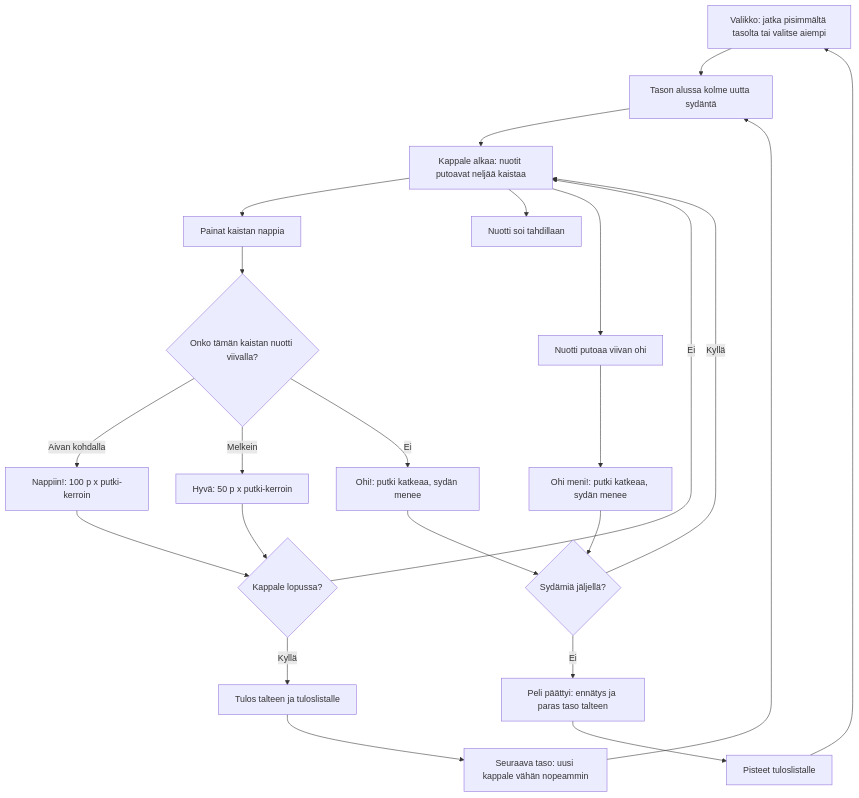
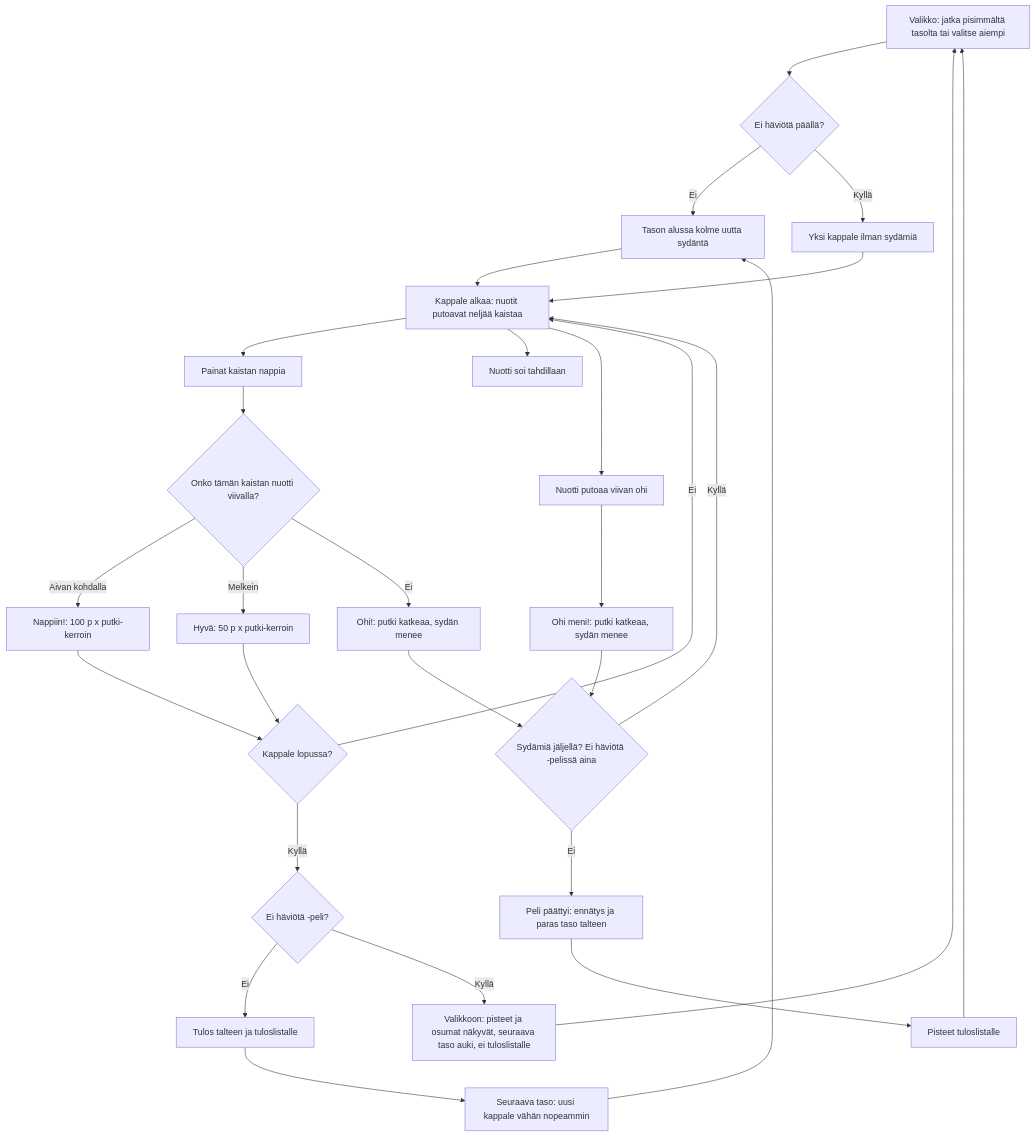
One commit to eerovil/ai-pelit changed the diagram in docs/diagrams/piano.md. Above: the diagram before and after it, drawn with Mermaid. The commit also changed other lines of this file and 3 other files, not shown here.

````diff
--- a/docs/diagrams/piano.md
+++ b/docs/diagrams/piano.md
@@ -15,33 +17,39 @@
 ```mermaid
 flowchart TD
-  A[Valikko: jatka pisimmältä tasolta tai valitse aiempi] --> A2[Tason alussa kolme uutta sydäntä]
+  A[Valikko: jatka pisimmältä tasolta tai valitse aiempi] --> NF{Ei häviötä päällä?}
+  NF -- Ei --> A2[Tason alussa kolme uutta sydäntä]
+  NF -- Kyllä --> A3[Yksi kappale ilman sydämiä]
+  A3 --> B
   A2 --> B[Kappale alkaa: nuotit putoavat neljää kaistaa]
   B --> C[Painat kaistan nappia]
   C --> D{Onko tämän kaistan nuotti viivalla?}
   D -- Aivan kohdalla --> E[Nappiin!: 100 p x putki-kerroin]
   D -- Melkein --> F[Hyvä: 50 p x putki-kerroin]
   D -- Ei --> G[Ohi!: putki katkeaa, sydän menee]
   B --> H[Nuotti soi tahdillaan]
   E --> K
   F --> K
   B --> I[Nuotti putoaa viivan ohi]
   I --> J[Ohi meni!: putki katkeaa, sydän menee]
   K{Kappale lopussa?}
   K -- Ei --> B
-  K -- Kyllä --> V[Tulos talteen ja tuloslistalle]
+  K -- Kyllä --> KS{Ei häviötä -peli?}
+  KS -- Ei --> V[Tulos talteen ja tuloslistalle]
+  KS -- Kyllä --> NE[Valikkoon: pisteet ja osumat näkyvät, seuraava taso auki, ei tuloslistalle]
+  NE --> A
   V --> L[Seuraava taso: uusi kappale vähän nopeammin]
   L --> A2
-  G --> M{Sydämiä jäljellä?}
+  G --> M{Sydämiä jäljellä? Ei häviötä -pelissä aina}
   J --> M
   M -- Kyllä --> B
   M -- Ei --> N[Peli päättyi: ennätys ja paras taso talteen]
   N --> O[Pisteet tuloslistalle]
   O --> A
-  class A,A2,B,C blue
-  class D,K,M amber
+  class A,A2,A3,B,C blue
+  class D,K,M,NF,KS amber
   class E,F,H teal
   class L green
   class G,I,J rose
-  class N,O violet
+  class N,O,NE violet
   class V green
 ```
````
